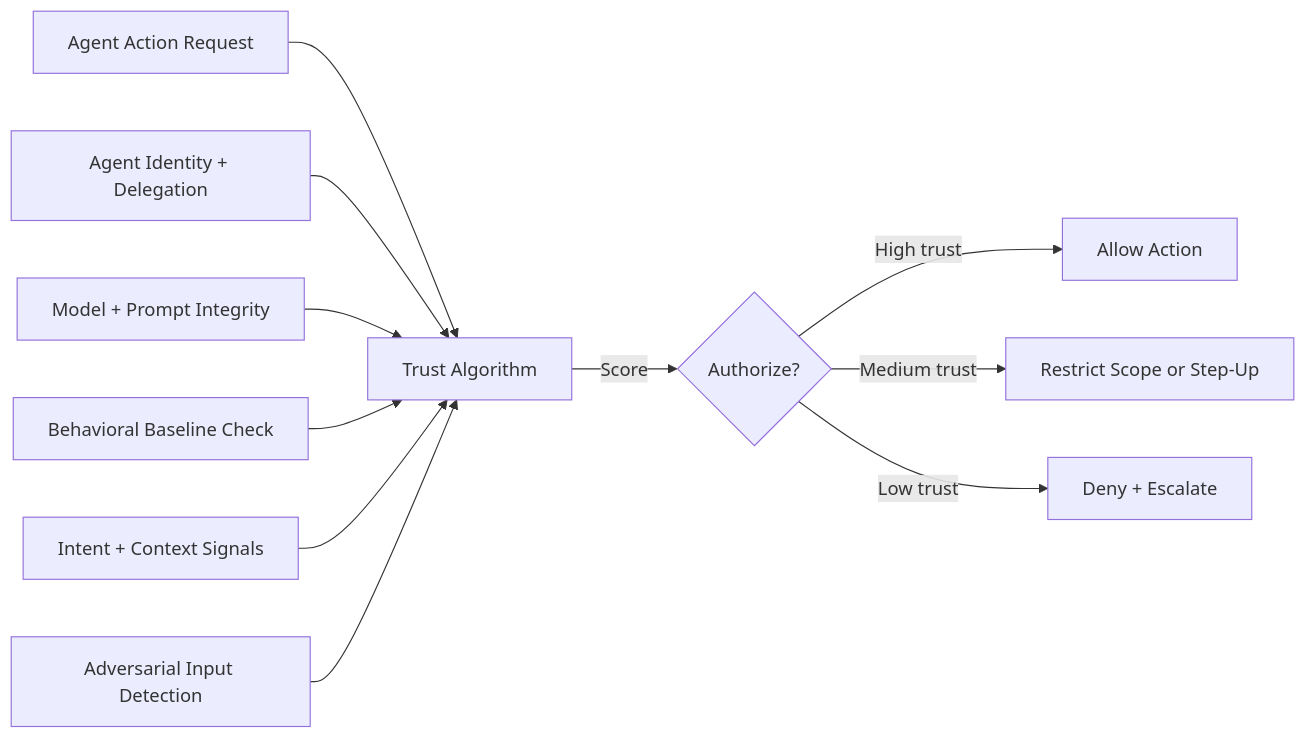
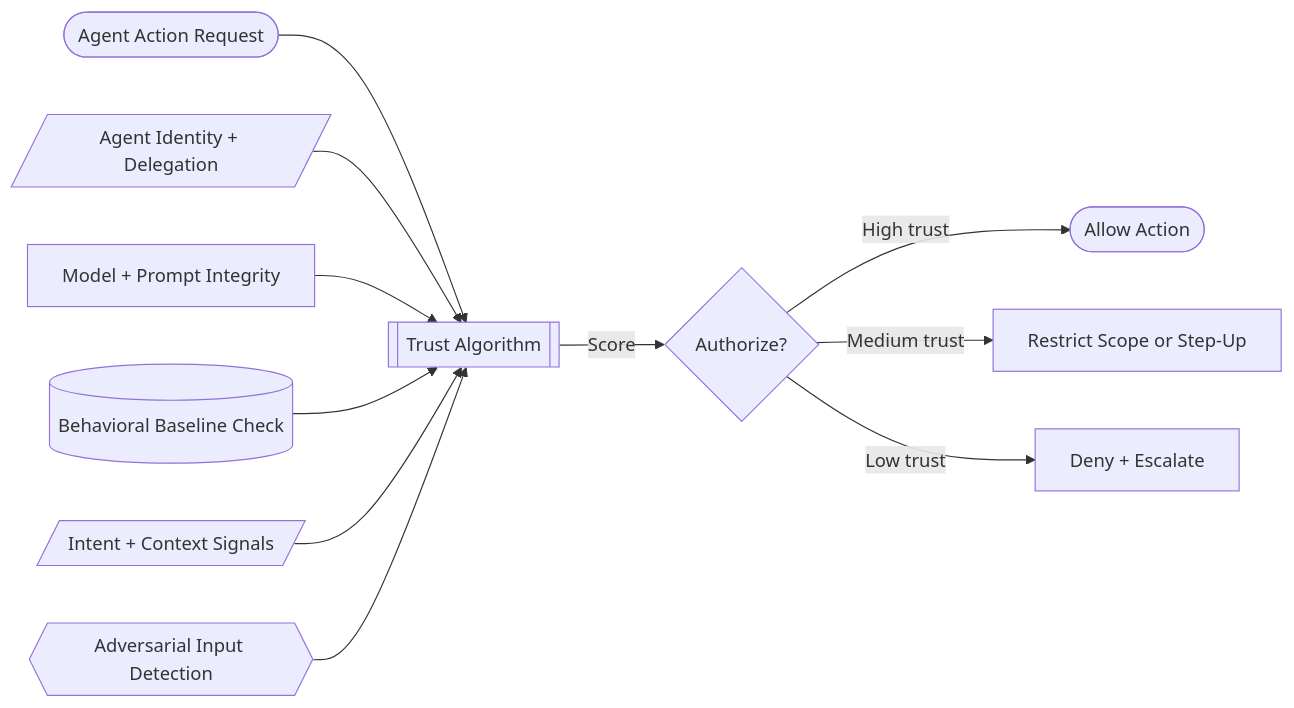
One commit to CyberdaemonAI/cyberdaemon-site changed the fourth of 5 diagrams in src/content/analysis/zt-ai-systems.mdx. Above: the diagram before and after it, drawn with Mermaid. The commit also changed other lines of this file and 23 other files, not shown here.

First line of the commit message:
style(diagrams): retrofit all mermaid diagrams to flowchart syntax site-wide

````diff
--- a/src/content/analysis/zt-ai-systems.mdx
+++ b/src/content/analysis/zt-ai-systems.mdx
@@ -283,13 +282,13 @@
 ```mermaid
-graph LR
-    REQ[Agent Action Request] --> TA[Trust Algorithm]
-    ID[Agent Identity + Delegation] --> TA
+flowchart LR
+    REQ([Agent Action Request]) --> TA[[Trust Algorithm]]
+    ID[/Agent Identity + Delegation/] --> TA
     POSTURE[Model + Prompt Integrity] --> TA
-    BEHAVIOR[Behavioral Baseline Check] --> TA
-    CTX[Intent + Context Signals] --> TA
-    THREAT[Adversarial Input Detection] --> TA
+    BEHAVIOR[(Behavioral Baseline Check)] --> TA
+    CTX[/Intent + Context Signals/] --> TA
+    THREAT{{Adversarial Input Detection}} --> TA
     TA -->|Score| DECISION{Authorize?}
-    DECISION -->|High trust| ALLOW[Allow Action]
+    DECISION -->|High trust| ALLOW([Allow Action])
     DECISION -->|Medium trust| STEP_UP[Restrict Scope or Step-Up]
     DECISION -->|Low trust| DENY[Deny + Escalate]
 ```
````
